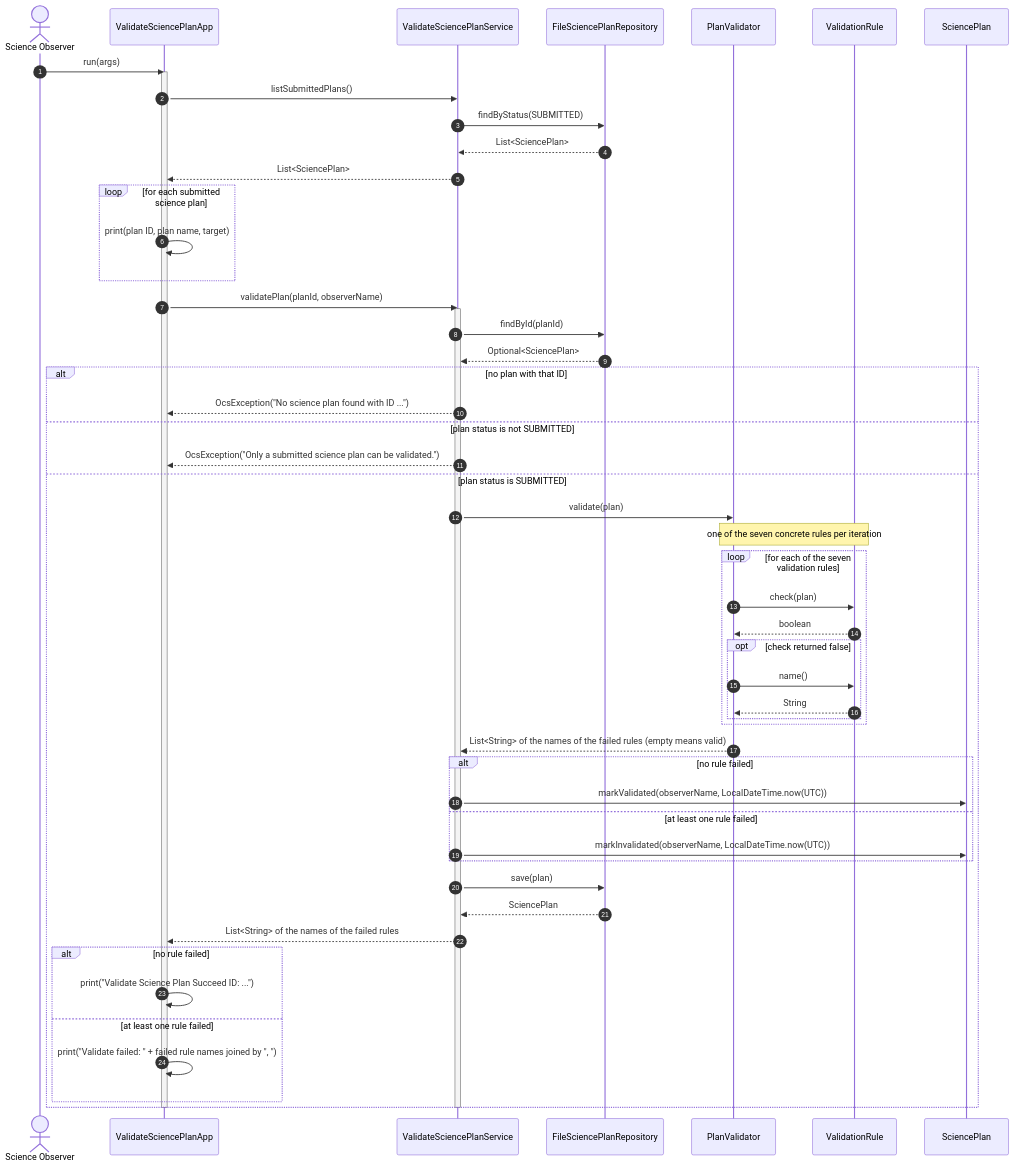
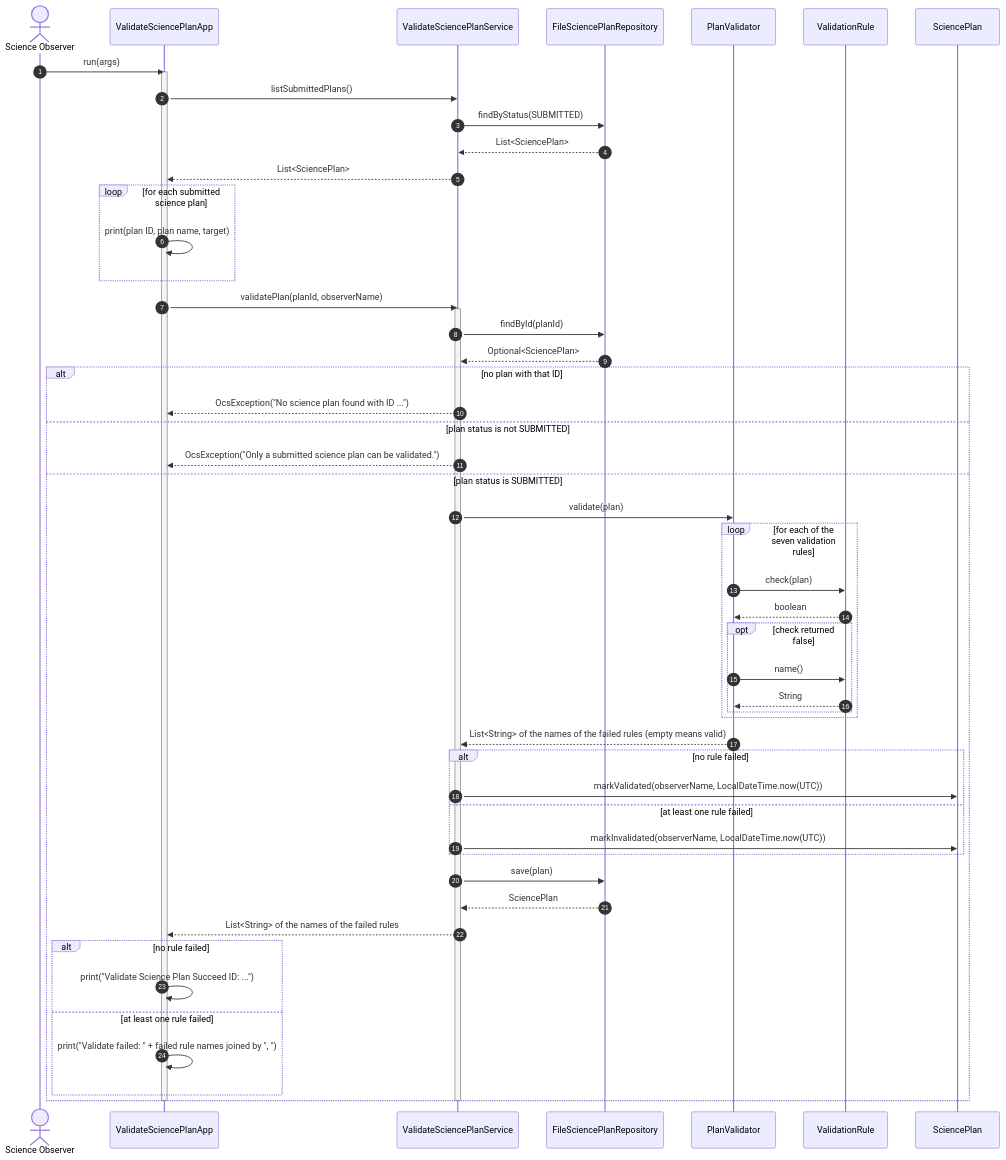
The fifth of 6 diagrams in AZERTY_D4_Design.md (Sor117/nhoomalee-yaak-du-dao), drawn with Mermaid before and after one commit. The commit also changed other lines of this file, not shown here.

Commit message:
Removed notes in UC2, UC3 Sequence Diagrams

````diff
--- a/AZERTY_D4_Design.md
+++ b/AZERTY_D4_Design.md
@@ -768,57 +766,56 @@
 ```mermaid
 sequenceDiagram
     autonumber
     actor OBS as Science Observer
     participant APP as ValidateSciencePlanApp
     participant SVC as ValidateSciencePlanService
     participant REP as FileSciencePlanRepository
     participant VAL as PlanValidator
     participant RULE as ValidationRule
     participant PLAN as SciencePlan
 
     OBS->>APP: run(args)
     activate APP
     APP->>SVC: listSubmittedPlans()
     SVC->>REP: findByStatus(SUBMITTED)
     REP-->>SVC: List<SciencePlan>
     SVC-->>APP: List<SciencePlan>
     loop for each submitted science plan
         APP->>APP: print(plan ID, plan name, target)
     end
     APP->>SVC: validatePlan(planId, observerName)
     activate SVC
     SVC->>REP: findById(planId)
     REP-->>SVC: Optional<SciencePlan>
     alt no plan with that ID
         SVC-->>APP: OcsException("No science plan found with ID ...")
     else plan status is not SUBMITTED
         SVC-->>APP: OcsException("Only a submitted science plan can be validated.")
     else plan status is SUBMITTED
         SVC->>VAL: validate(plan)
-        note over VAL,RULE: one of the seven concrete rules per iteration
         loop for each of the seven validation rules
             VAL->>RULE: check(plan)
             RULE-->>VAL: boolean
             opt check returned false
                 VAL->>RULE: name()
                 RULE-->>VAL: String
             end
         end
         VAL-->>SVC: List<String> of the names of the failed rules (empty means valid)
         alt no rule failed
             SVC->>PLAN: markValidated(observerName, LocalDateTime.now(UTC))
         else at least one rule failed
             SVC->>PLAN: markInvalidated(observerName, LocalDateTime.now(UTC))
         end
         SVC->>REP: save(plan)
         REP-->>SVC: SciencePlan
         SVC-->>APP: List<String> of the names of the failed rules
         alt no rule failed
             APP->>APP: print("Validate Science Plan Succeed ID: ...")
         else at least one rule failed
             APP->>APP: print("Validate failed: " + failed rule names joined by ", ")
         end
     end
     deactivate SVC
     deactivate APP
 ```
````
